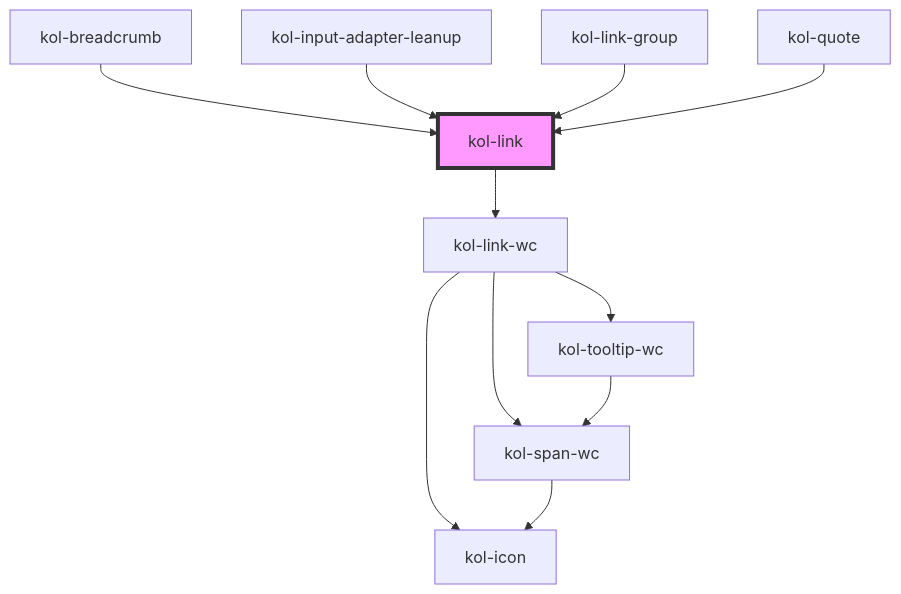
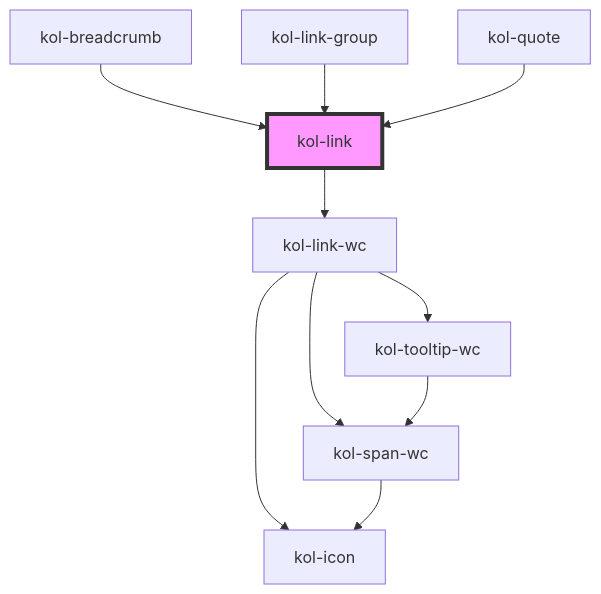
Before and after one commit to public-ui/kolibri: the diagram in packages/components/src/components/link/readme.md, drawn with Mermaid. The commit also changed other lines of this file and 37 other files, not shown here.

````diff
--- a/packages/components/src/components/link/readme.md
+++ b/packages/components/src/components/link/readme.md
@@ -111,14 +98,13 @@
 ```mermaid
 graph TD;
   kol-link --> kol-link-wc
   kol-link-wc --> kol-span-wc
   kol-link-wc --> kol-icon
   kol-link-wc --> kol-tooltip-wc
   kol-span-wc --> kol-icon
   kol-tooltip-wc --> kol-span-wc
   kol-breadcrumb --> kol-link
-  kol-input-adapter-leanup --> kol-link
   kol-link-group --> kol-link
   kol-quote --> kol-link
   style kol-link fill:#f9f,stroke:#333,stroke-width:4px
 ```
````
